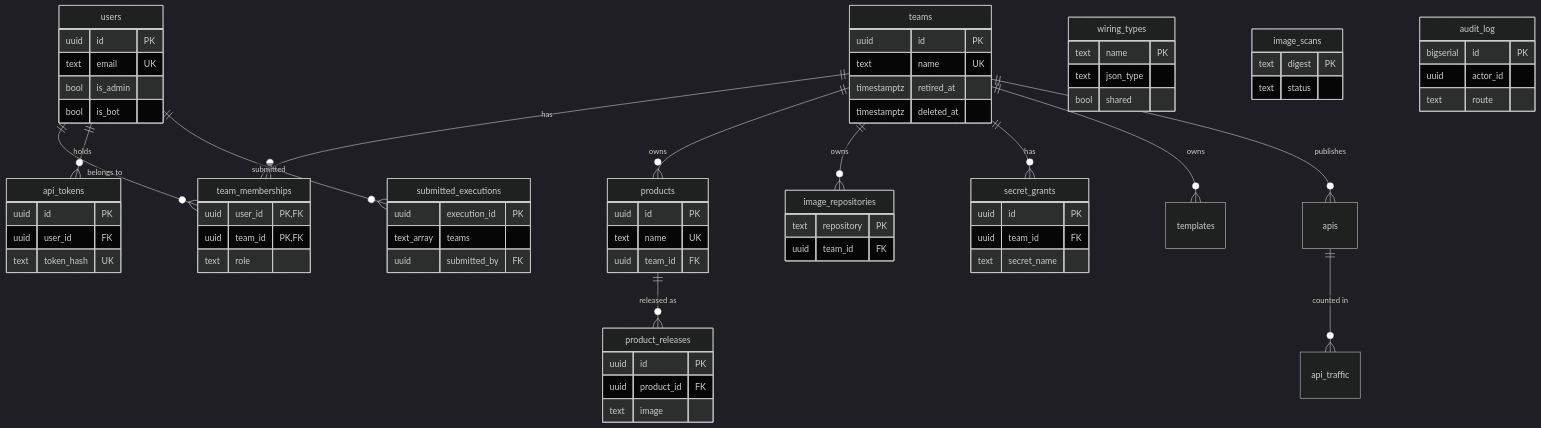
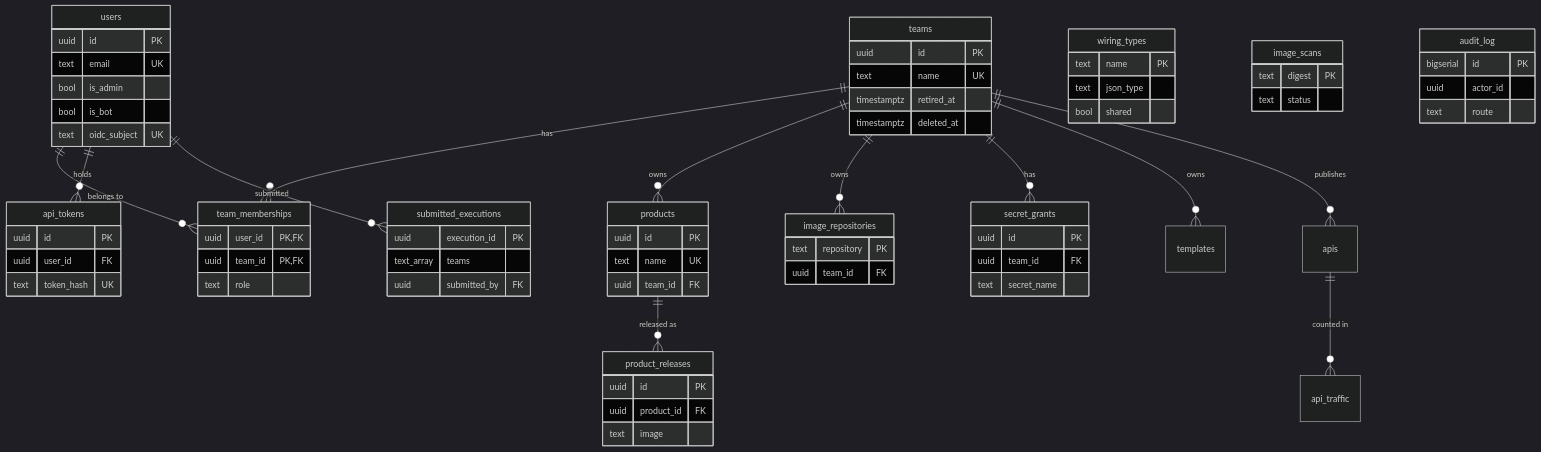
The third of 3 diagrams in console/docs/06-database-schemas.md (rburns629/vertra), drawn with Mermaid (dark theme) before and after one commit. The commit also changed other lines of this file and 36 other files, not shown here.

````diff
--- a/console/docs/06-database-schemas.md
+++ b/console/docs/06-database-schemas.md
@@ -187,74 +187,75 @@
 ```mermaid
 erDiagram
   users ||--o{ team_memberships : "belongs to"
   teams ||--o{ team_memberships : "has"
   users ||--o{ api_tokens : "holds"
   teams ||--o{ products : "owns"
   wiring_types {
     text name PK
     text json_type
     bool shared
   }
   products ||--o{ product_releases : "released as"
   teams ||--o{ image_repositories : "owns"
   teams ||--o{ secret_grants : "has"
   teams ||--o{ templates : "owns"
   teams ||--o{ apis : "publishes"
   apis ||--o{ api_traffic : "counted in"
   users ||--o{ submitted_executions : "submitted"
   teams {
     uuid id PK
     text name UK
     timestamptz retired_at
     timestamptz deleted_at
   }
   users {
     uuid id PK
     text email UK
     bool is_admin
     bool is_bot
+    text oidc_subject UK
   }
   team_memberships {
     uuid user_id PK,FK
     uuid team_id PK,FK
     text role
   }
   api_tokens {
     uuid id PK
     uuid user_id FK
     text token_hash UK
   }
   products {
     uuid id PK
     text name UK
     uuid team_id FK
   }
   product_releases {
     uuid id PK
     uuid product_id FK
     text image
   }
   image_repositories {
     text repository PK
     uuid team_id FK
   }
   image_scans {
     text digest PK
     text status
   }
   audit_log {
     bigserial id PK
     uuid actor_id
     text route
   }
   secret_grants {
     uuid id PK
     uuid team_id FK
     text secret_name
   }
   submitted_executions {
     uuid execution_id PK
     text_array teams
     uuid submitted_by FK
   }
 ```
````
